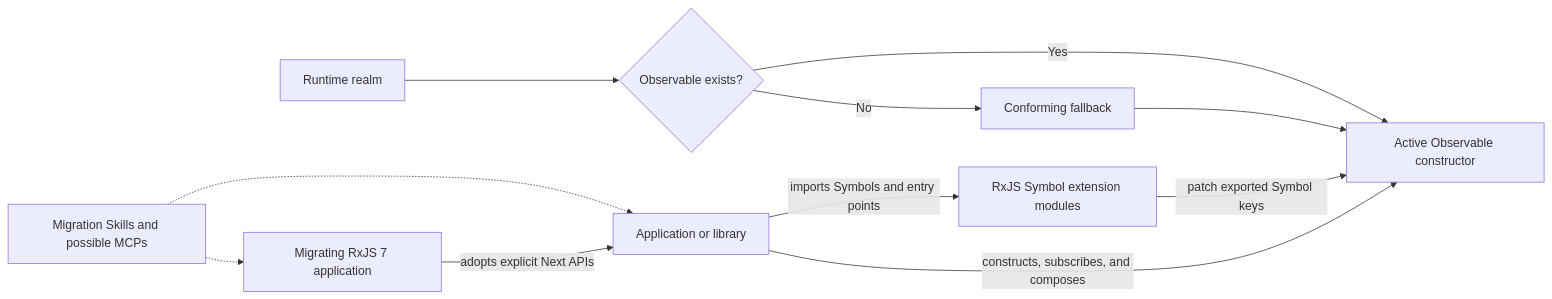
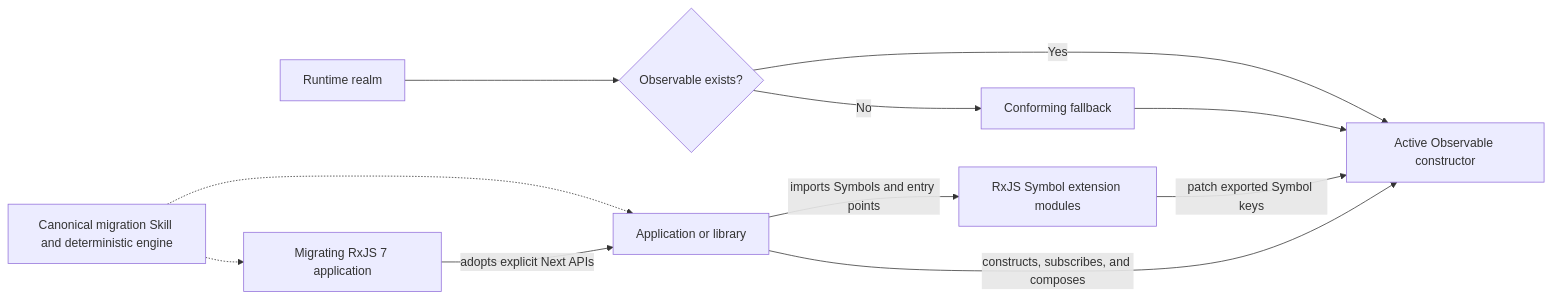
Before and after one commit to ReactiveX/rxjs: the first of 3 diagrams in docs/rxjs-next/ARCHITECTURE.md, drawn with Mermaid. The commit also changed other lines of this file and 6 other files, not shown here.

Commit message:
docs: align migration tooling boundaries

````diff
--- a/docs/rxjs-next/ARCHITECTURE.md
+++ b/docs/rxjs-next/ARCHITECTURE.md
@@ -48,15 +48,15 @@
 ```mermaid
 flowchart LR
     Runtime["Runtime realm"] --> Native{"Observable exists?"}
     Native -->|Yes| Active["Active Observable constructor"]
     Native -->|No| Polyfill["Conforming fallback"]
     Polyfill --> Active
 
     Extensions["RxJS Symbol extension modules"] -->|patch exported Symbol keys| Active
     App["Application or library"] -->|imports Symbols and entry points| Extensions
     App -->|constructs, subscribes, and composes| Active
 
-    Tooling["Migration Skills and possible MCPs"] -.-> App
+    Tooling["Canonical migration Skill and deterministic engine"] -.-> App
     Legacy["Migrating RxJS 7 application"] -->|adopts explicit Next APIs| App
     Tooling -.-> Legacy
 ```
````
